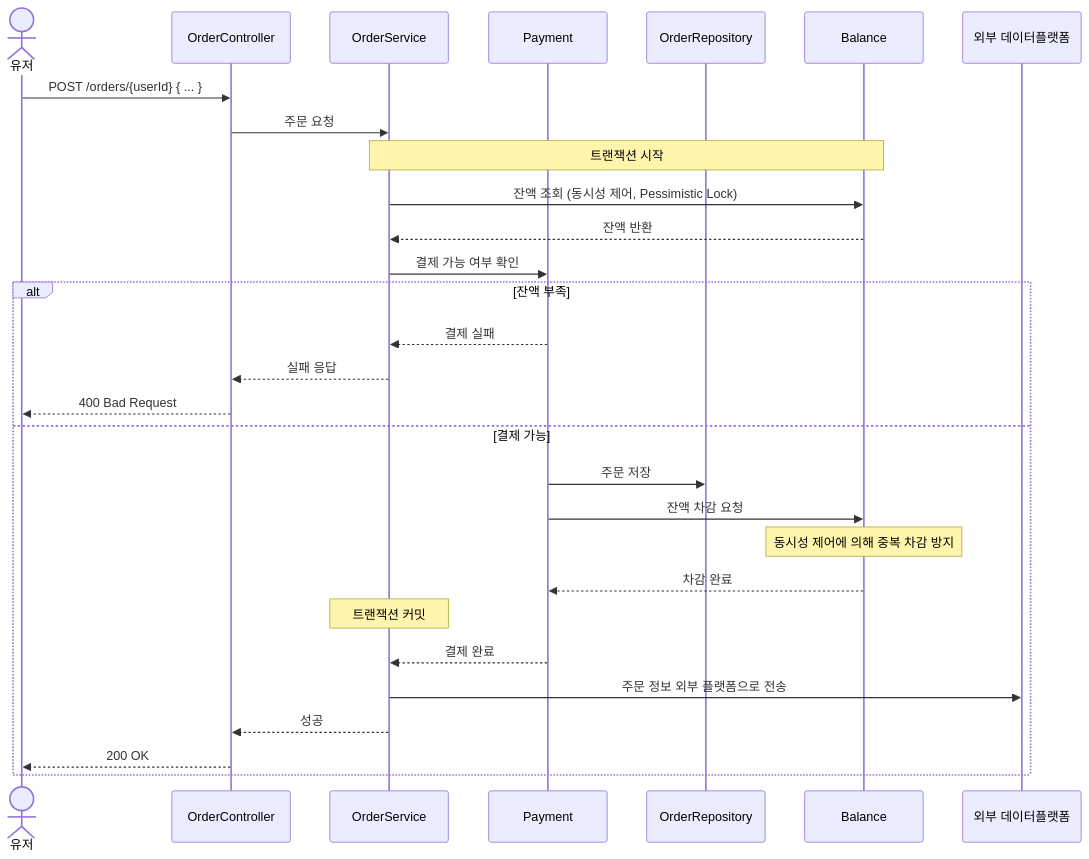
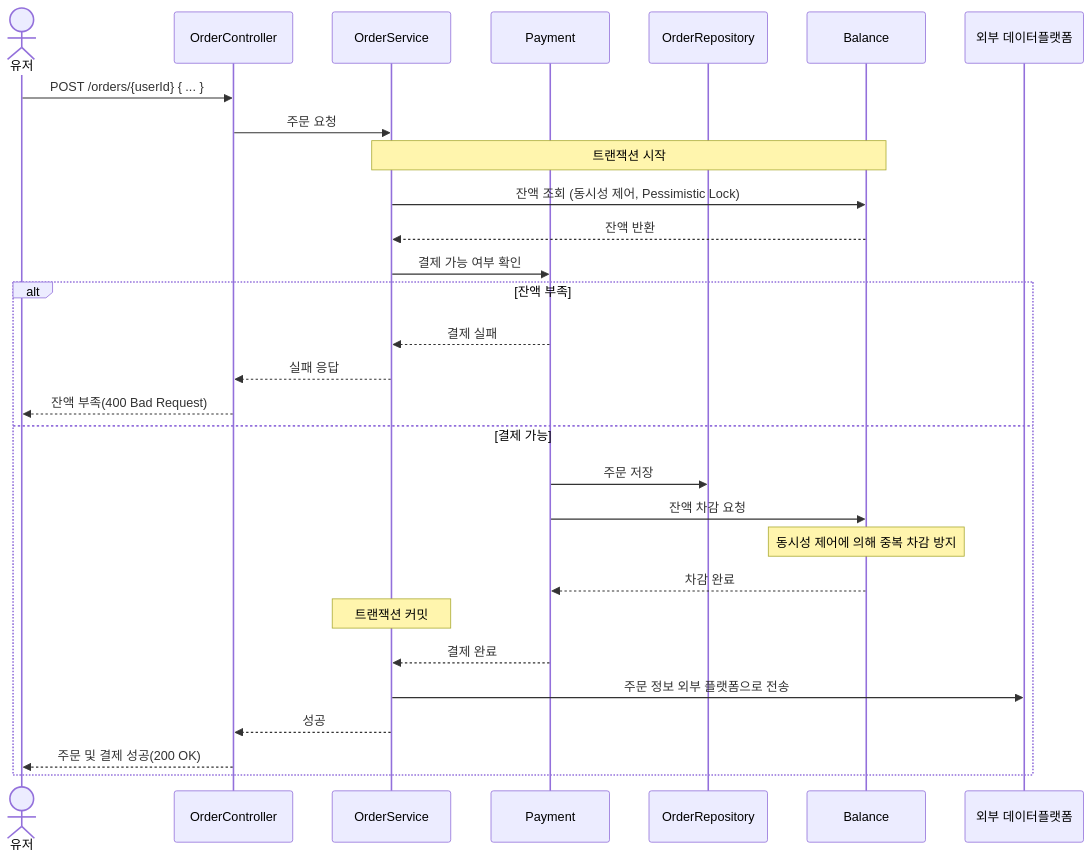
The second of 3 diagrams in docs/sequenceDiagrams.md (bskjp1004/hhplus-ecommerce-server), drawn with Mermaid before and after one commit.

Commit message:
docs: 시퀀스 다이어그램 수정(주문-HTTP 상태 응답값 한글 표기)

````diff
--- a/docs/sequenceDiagrams.md
+++ b/docs/sequenceDiagrams.md
@@ -46,35 +46,35 @@
 ```mermaid
 sequenceDiagram
     actor 유저
     participant OrderController
     participant OrderService
     participant Payment
     participant OrderRepository
     participant Balance
     participant 외부 데이터플랫폼
 
     유저->>OrderController: POST /orders/{userId} { ... }
     OrderController->>OrderService: 주문 요청
 
     note over OrderService,Balance: 트랜잭션 시작
     OrderService->>Balance: 잔액 조회 (동시성 제어, Pessimistic Lock)
 
     Balance-->>OrderService: 잔액 반환
 
     OrderService->>Payment: 결제 가능 여부 확인
     alt 잔액 부족
         Payment-->>OrderService: 결제 실패
         OrderService-->>OrderController: 실패 응답
-        OrderController-->>유저: 400 Bad Request
+        OrderController-->>유저: 잔액 부족(400 Bad Request)
     else 결제 가능
         Payment->>OrderRepository: 주문 저장
         Payment->>Balance: 잔액 차감 요청
         note over Balance: 동시성 제어에 의해 중복 차감 방지
         Balance-->>Payment: 차감 완료
         note over OrderService: 트랜잭션 커밋
         Payment-->>OrderService: 결제 완료
         OrderService->>외부 데이터플랫폼: 주문 정보 외부 플랫폼으로 전송
         OrderService-->>OrderController: 성공
-        OrderController-->>유저: 200 OK
+        OrderController-->>유저: 주문 및 결제 성공(200 OK)
     end
 ```
````
